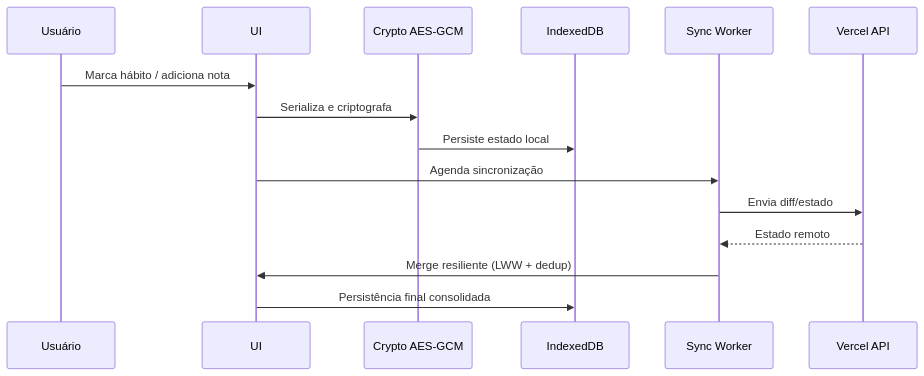
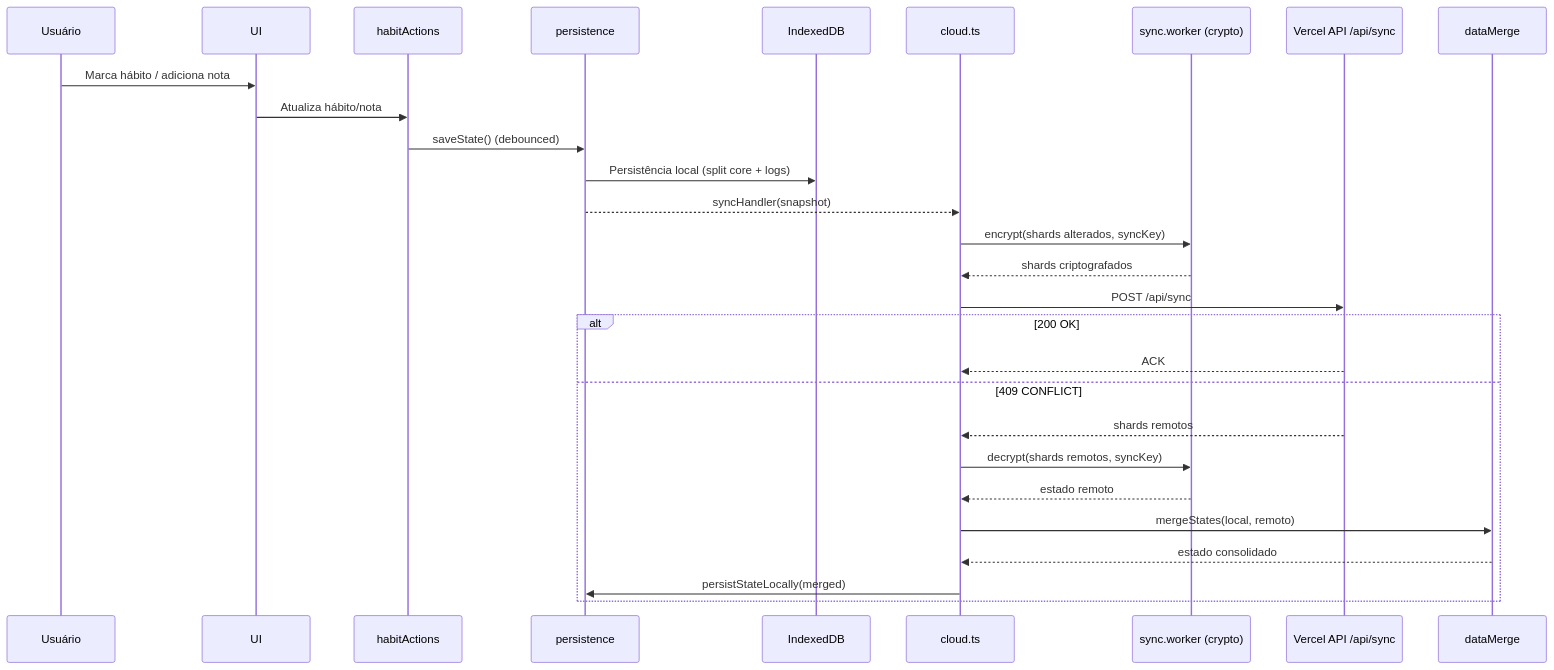
One commit to farifran/askesis changed the fourth of 5 diagrams in docs/ARCHITECTURE.md. Above: the diagram before and after it, drawn with Mermaid. The commit also changed other lines of this file and 1 other file, not shown here.

Commit message:
feat: atualizar diagramas de arquitetura e fluxos no documento de arquitetura

````diff
--- a/docs/ARCHITECTURE.md
+++ b/docs/ARCHITECTURE.md
@@ -87,18 +103,31 @@
 ```mermaid
 sequenceDiagram
   participant User as Usuário
   participant UI as UI
-  participant Crypto as Crypto AES-GCM
+  participant Actions as habitActions
+  participant Persist as persistence
   participant DB as IndexedDB
-  participant Sync as Sync Worker
-  participant API as Vercel API
+  participant Cloud as cloud.ts
+  participant Crypto as sync.worker (crypto)
+  participant API as Vercel API /api/sync
+  participant Merge as dataMerge
 
   User->>UI: Marca hábito / adiciona nota
-  UI->>Crypto: Serializa e criptografa
-  Crypto->>DB: Persiste estado local
-  UI->>Sync: Agenda sincronização
-  Sync->>API: Envia diff/estado
-  API-->>Sync: Estado remoto
-  Sync->>UI: Merge resiliente (LWW + dedup)
-  UI->>DB: Persistência final consolidada
+  UI->>Actions: Atualiza hábito/nota
+  Actions->>Persist: saveState() (debounced)
+  Persist->>DB: Persistência local (split core + logs)
+  Persist-->>Cloud: syncHandler(snapshot)
+  Cloud->>Crypto: encrypt(shards alterados, syncKey)
+  Crypto-->>Cloud: shards criptografados
+  Cloud->>API: POST /api/sync
+  alt 200 OK
+    API-->>Cloud: ACK
+  else 409 CONFLICT
+    API-->>Cloud: shards remotos
+    Cloud->>Crypto: decrypt(shards remotos, syncKey)
+    Crypto-->>Cloud: estado remoto
+    Cloud->>Merge: mergeStates(local, remoto)
+    Merge-->>Cloud: estado consolidado
+    Cloud->>Persist: persistStateLocally(merged)
+  end
 ```
````
